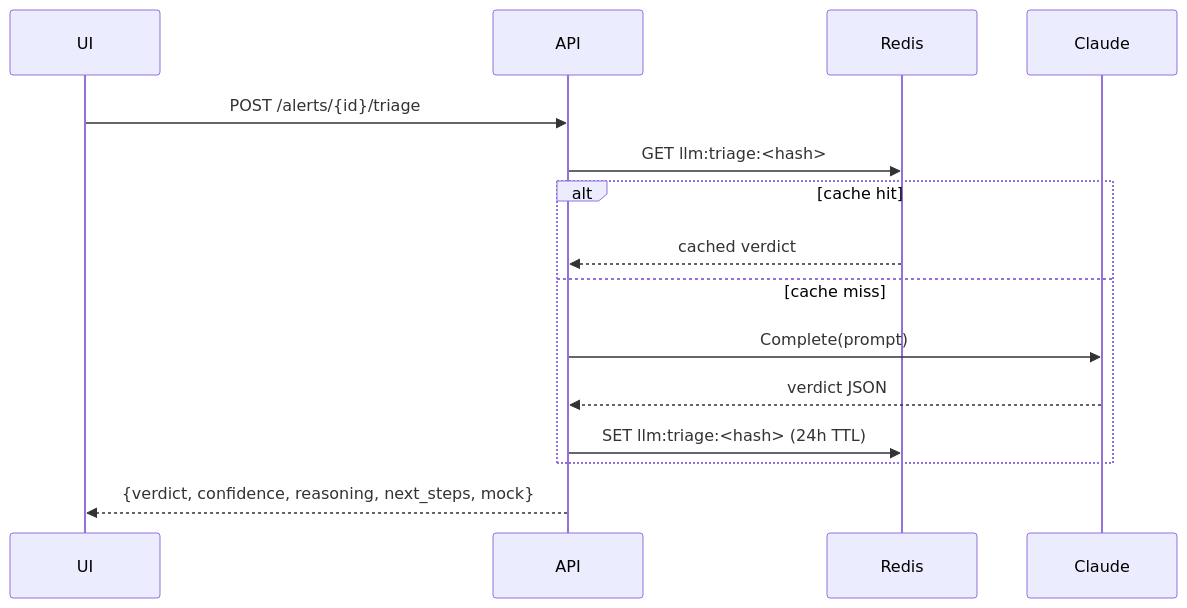
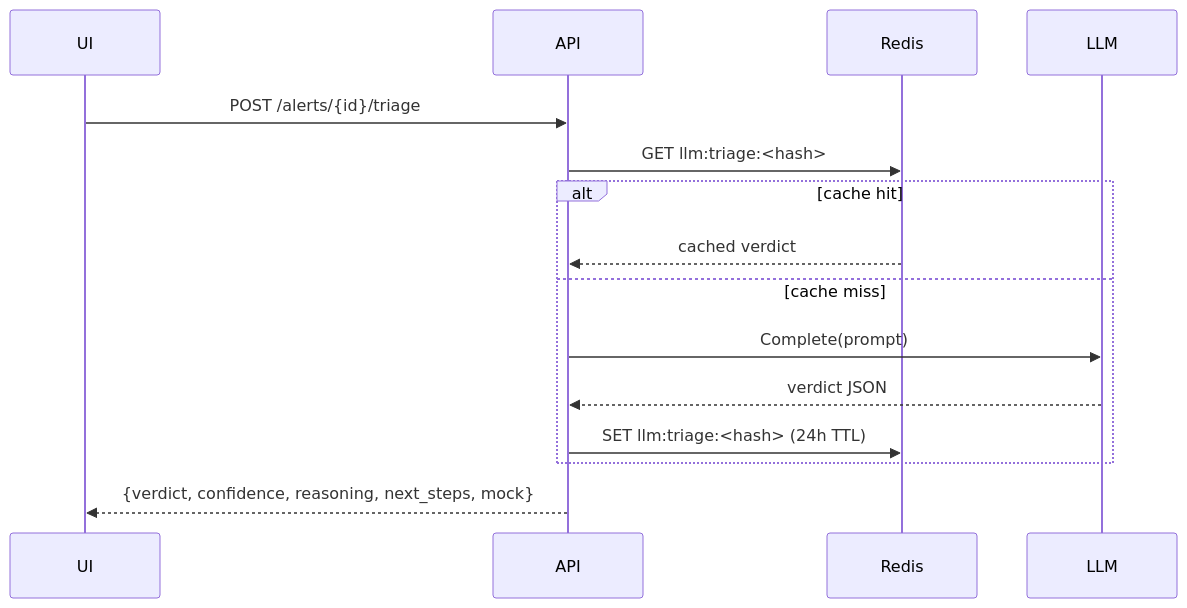
Before and after one commit to mauLanarhodes/SecurityLens: the fourth of 8 diagrams in EXPLAINER.md, drawn with Mermaid. The commit also changed other lines of this file and 12 other files, not shown here.

Commit message:
Switch default LLM provider to OpenAI Responses API

````diff
--- a/EXPLAINER.md
+++ b/EXPLAINER.md
@@ -723,17 +732,17 @@
 ```mermaid
 sequenceDiagram
     participant UI
     participant API
     participant Redis
-    participant Claude
+    participant LLM
     UI->>API: POST /alerts/{id}/triage
     API->>Redis: GET llm:triage:<hash>
     alt cache hit
         Redis-->>API: cached verdict
     else cache miss
-        API->>Claude: Complete(prompt)
-        Claude-->>API: verdict JSON
+        API->>LLM: Complete(prompt)
+        LLM-->>API: verdict JSON
         API->>Redis: SET llm:triage:<hash> (24h TTL)
     end
     API-->>UI: {verdict, confidence, reasoning, next_steps, mock}
 ```
````
